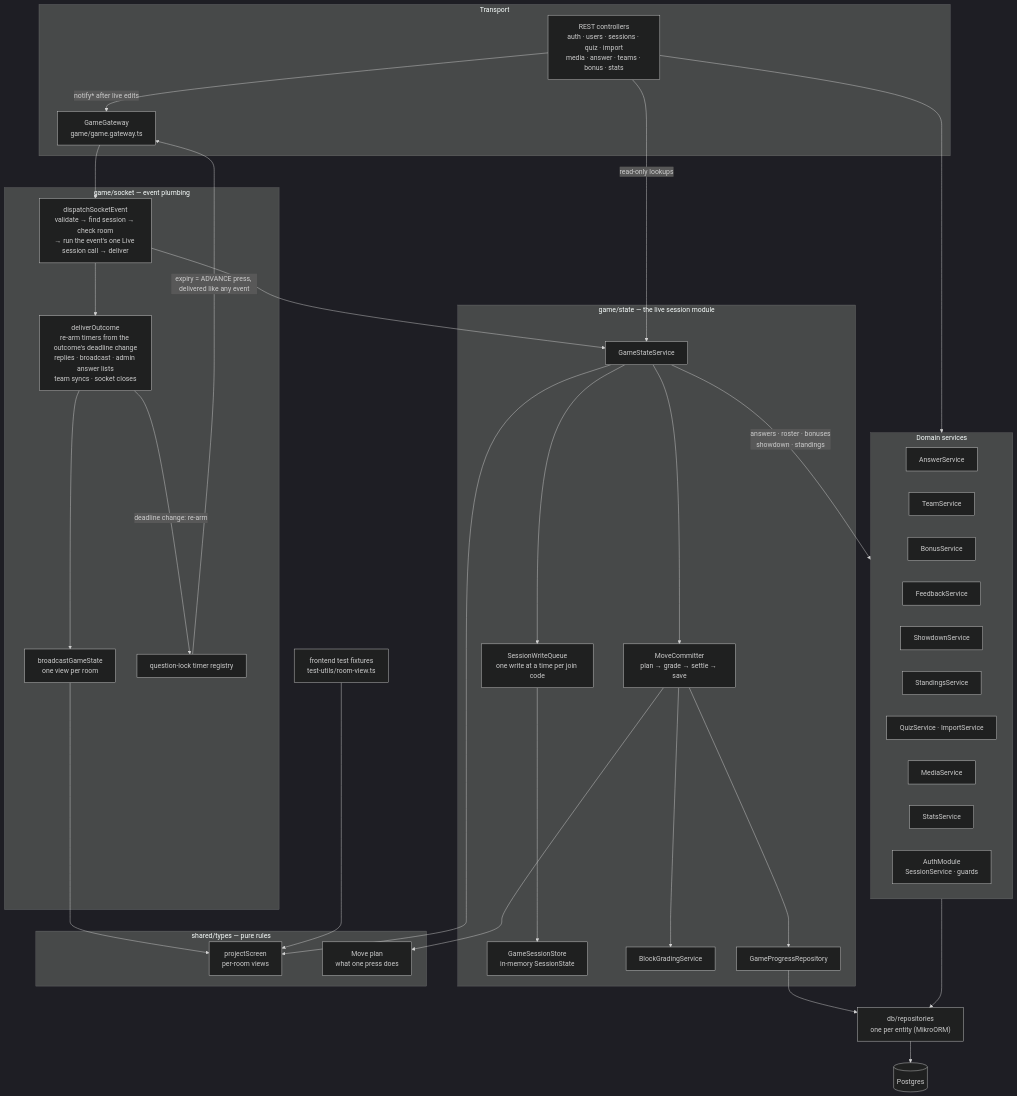
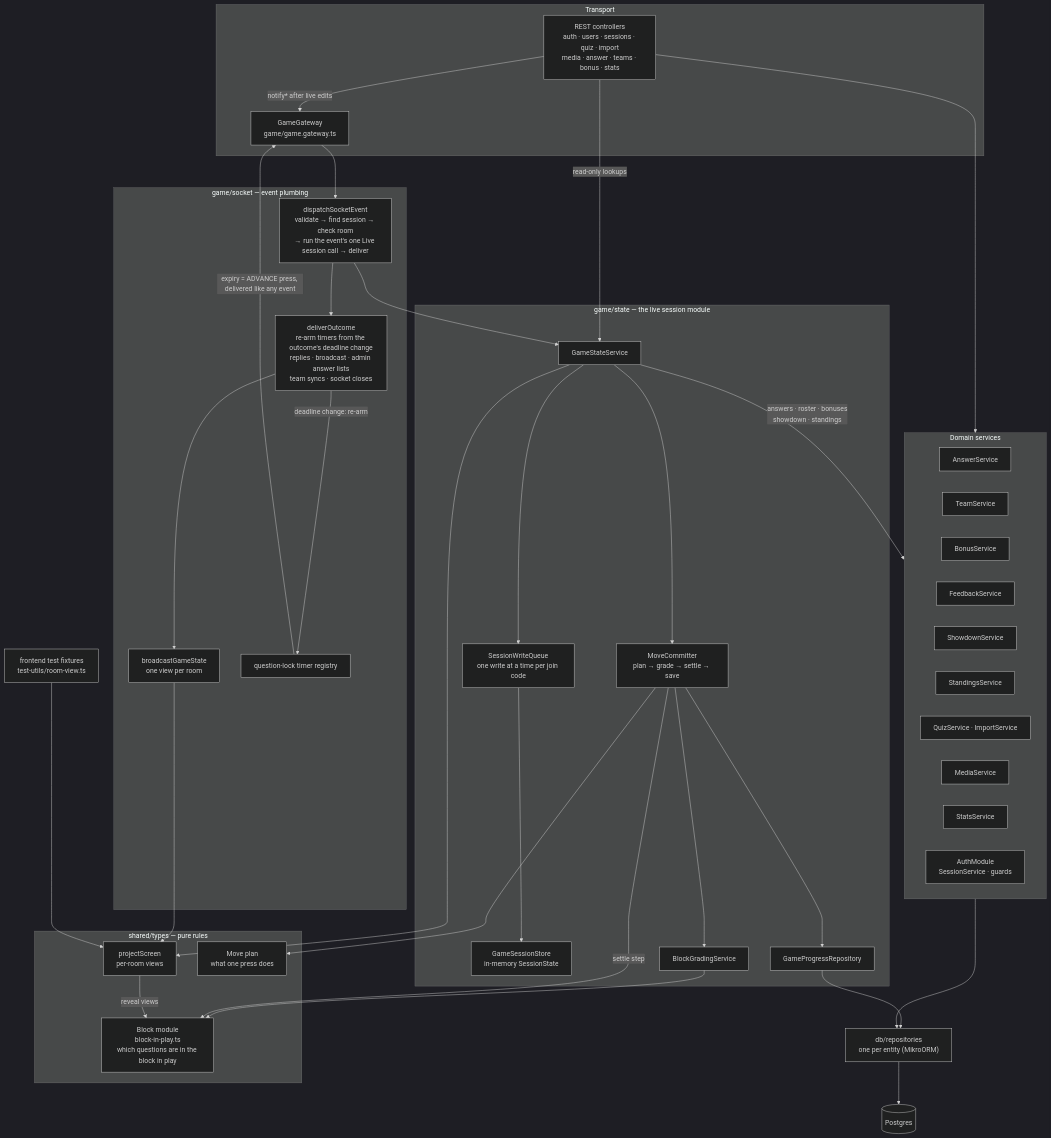
One commit to Sid0rr0/campus-pubquiz changed the third of 8 diagrams in docs/architecture.md. Above: the diagram before and after it, drawn with Mermaid (dark theme). The commit also changed other lines of this file and 6 other files, not shown here.

Commit message:
refactor(types): reveal views are built on the Block module

````diff
--- a/docs/architecture.md
+++ b/docs/architecture.md
@@ -73,64 +73,68 @@
 ```mermaid
 flowchart TD
   subgraph transport["Transport"]
     gw["GameGateway<br/>game/game.gateway.ts"]
     rest["REST controllers<br/>auth · users · sessions · quiz · import<br/>media · answer · teams · bonus · stats"]
   end
 
   subgraph socket["game/socket — event plumbing"]
     dispatch["dispatchSocketEvent<br/>validate → find session → check room<br/>→ run the event's one Live session call → deliver"]
     deliver["deliverOutcome<br/>re-arm timers from the outcome's deadline change<br/>replies · broadcast · admin answer lists<br/>team syncs · socket closes"]
     broadcast["broadcastGameState<br/>one view per room"]
     timers["question-lock timer registry"]
   end
 
   subgraph state["game/state — the live session module"]
     gss["GameStateService"]
     queue["SessionWriteQueue<br/>one write at a time per join code"]
     store["GameSessionStore<br/>in-memory SessionState"]
     mover["MoveCommitter<br/>plan → grade → settle → save"]
     grading["BlockGradingService"]
     progress["GameProgressRepository"]
   end
 
   subgraph shared["shared/types — pure rules"]
     project["projectScreen<br/>per-room views"]
     plan["Move plan<br/>what one press does"]
+    block["Block module<br/>block-in-play.ts<br/>which questions are in the block in play"]
   end
 
   subgraph domain["Domain services"]
     answer["AnswerService"]
     team["TeamService"]
     bonus["BonusService"]
     feedback["FeedbackService"]
     showdown["ShowdownService"]
     standings["StandingsService"]
     quiz["QuizService · ImportService"]
     media["MediaService"]
     stats["StatsService"]
     auth["AuthModule<br/>SessionService · guards"]
   end
 
   repos["db/repositories<br/>one per entity (MikroORM)"]
   db[("Postgres")]
 
   gw --> dispatch --> gss
   dispatch --> deliver --> broadcast --> project
   deliver -->|"deadline change: re-arm"| timers
   timers -->|"expiry = ADVANCE press, delivered like any event"| gw
   rest -->|"notify* after live edits"| gw
   rest -->|read-only lookups| gss
   rest --> domain
 
   gss --> queue --> store
   gss --> mover --> grading
   mover --> progress
   mover --> plan
+  grading --> block
+  mover -->|"settle step"| block
+  project -->|"reveal views"| block
   gss --> project
   fixtures["frontend test fixtures<br/>test-utils/room-view.ts"] --> project
   gss -->|"answers · roster · bonuses<br/>showdown · standings"| domain
 
   domain --> repos
   progress --> repos
   repos --> db
 ```
````
